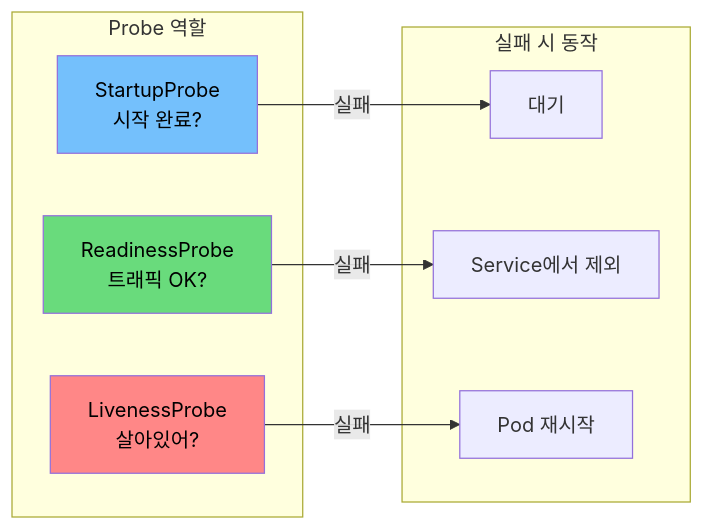
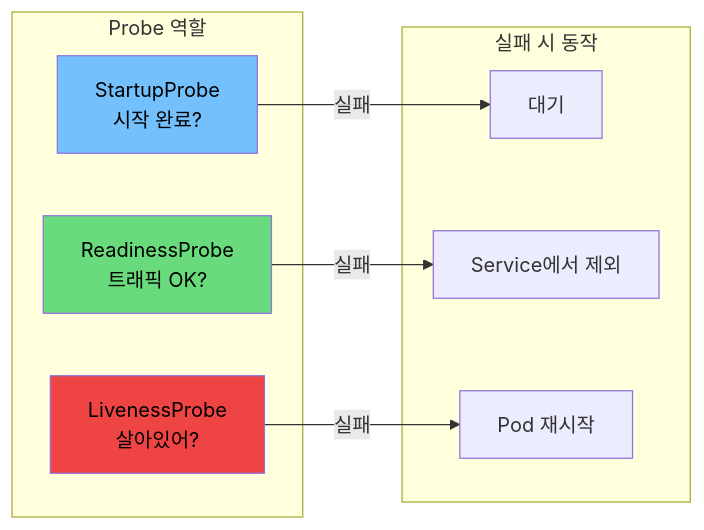
The first of 3 diagrams in content/kubernetes/kubernetes-probes-explained.md (kimduksoo/duksoo-tech-blog), drawn with Mermaid before and after one commit. The commit also changed other lines of this file and 1 other file, not shown here.

Commit message:
Mermaid 다이어그램 색상 개선 (촌스러운 핑크 → 세련된 레드)

````diff
--- a/content/kubernetes/kubernetes-probes-explained.md
+++ b/content/kubernetes/kubernetes-probes-explained.md
@@ -19,22 +19,22 @@
 ```mermaid
 flowchart LR
     subgraph Probes["Probe 역할"]
         Startup[StartupProbe<br/>시작 완료?]
         Readiness[ReadinessProbe<br/>트래픽 OK?]
         Liveness[LivenessProbe<br/>살아있어?]
     end
 
     subgraph Actions["실패 시 동작"]
         Wait[대기]
         Remove[Service에서 제외]
         Restart[Pod 재시작]
     end
 
     Startup -->|실패| Wait
     Readiness -->|실패| Remove
     Liveness -->|실패| Restart
 
     style Startup fill:#74c0fc,color:#000
     style Readiness fill:#69db7c,color:#000
-    style Liveness fill:#ff8787,color:#000
+    style Liveness fill:#ef4444,color:#000
 ```
````
